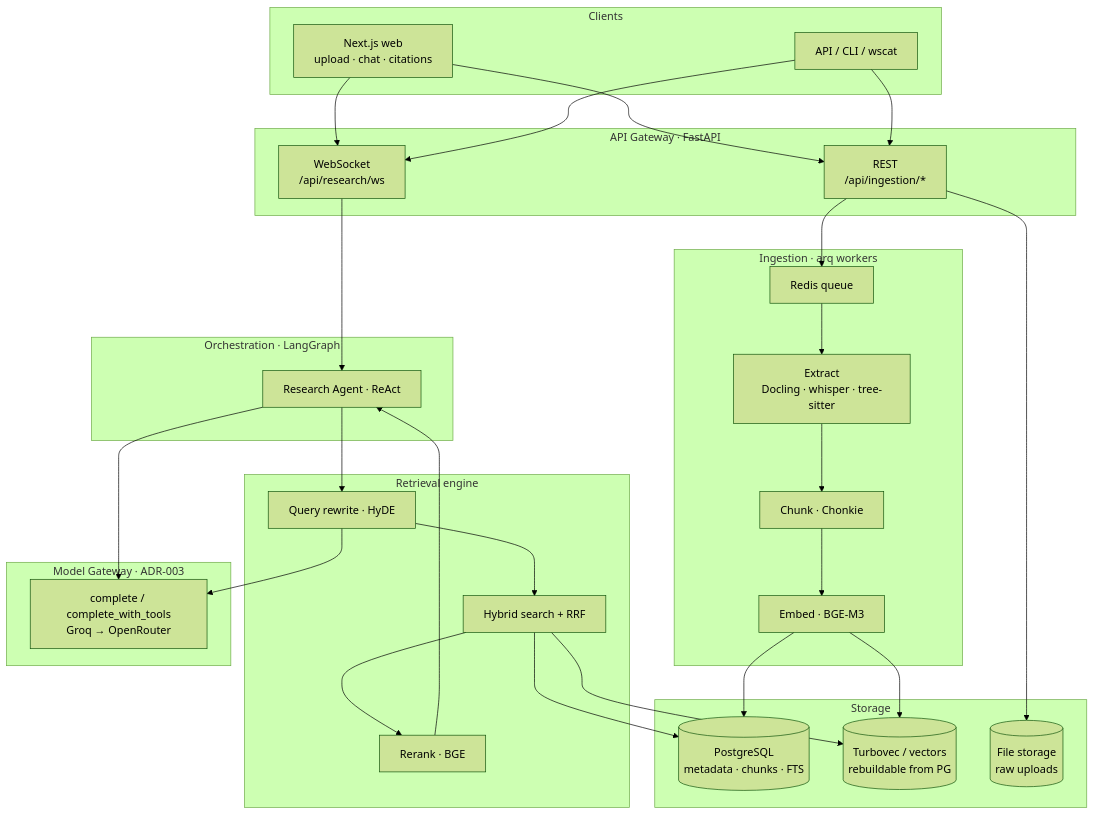
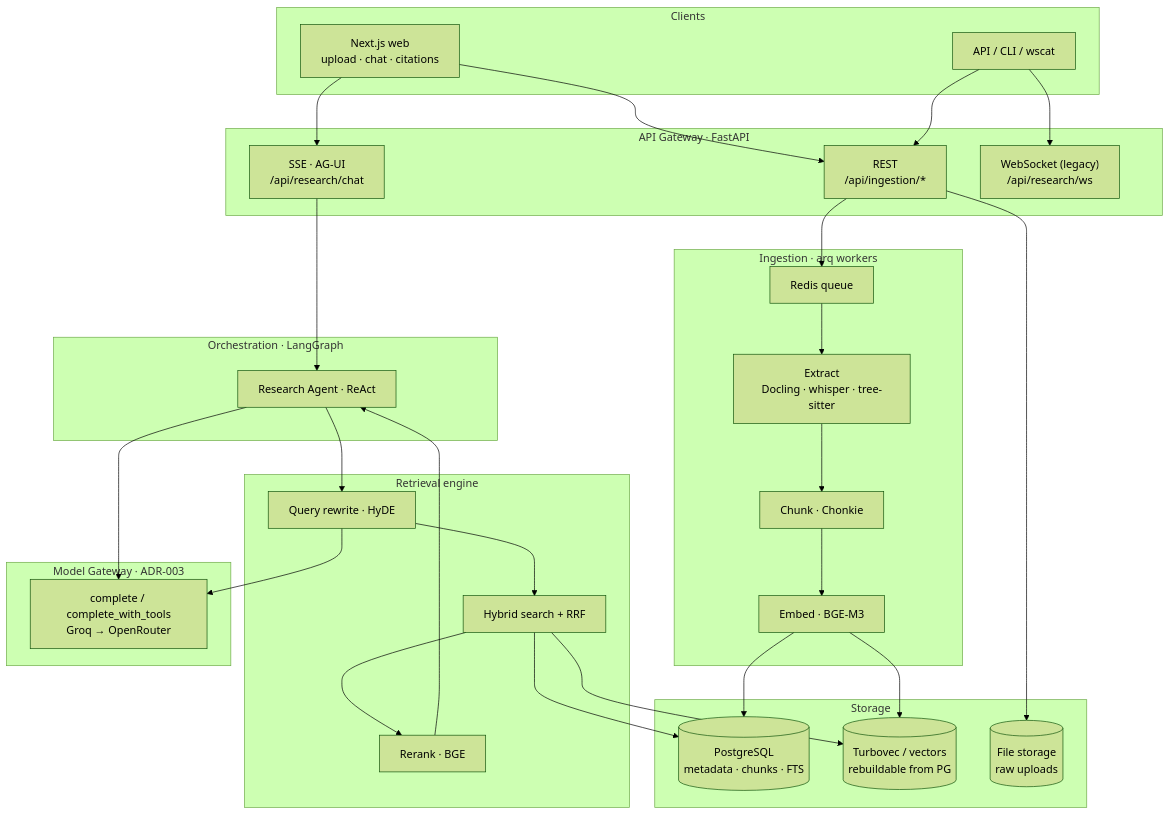
Before and after one commit to AmitxParmar/agentic-knowledge-base: the first of 4 diagrams in README.md, drawn with Mermaid (forest theme). The commit also changed other lines of this file and 6 other files, not shown here.

First line of the commit message:
docs: AG-UI SSE sequence + updated remaining-status notes

````diff
--- a/README.md
+++ b/README.md
@@ -27,51 +27,52 @@
 ```mermaid
 flowchart TB
   subgraph Clients
     WEB["Next.js web<br/>upload · chat · citations"]
     CLI["API / CLI / wscat"]
   end
 
   subgraph Gateway["API Gateway · FastAPI"]
     REST["REST<br/>/api/ingestion/*"]
-    WS["WebSocket<br/>/api/research/ws"]
+    CHAT["SSE · AG-UI<br/>/api/research/chat"]
+    WS["WebSocket (legacy)<br/>/api/research/ws"]
   end
 
   subgraph Ingest["Ingestion · arq workers"]
     Q["Redis queue"]
     X["Extract<br/>Docling · whisper · tree-sitter"]
     C["Chunk · Chonkie"]
     E["Embed · BGE-M3"]
   end
 
   subgraph Retrieval["Retrieval engine"]
     HYDE["Query rewrite · HyDE"]
     HYB["Hybrid search + RRF"]
     RER["Rerank · BGE"]
   end
 
   subgraph Agent["Orchestration · LangGraph"]
     RA["Research Agent · ReAct"]
   end
 
   subgraph Storage
     PG[("PostgreSQL<br/>metadata · chunks · FTS")]
     TV[("Turbovec / vectors<br/>rebuildable from PG")]
     FS[("File storage<br/>raw uploads")]
   end
 
   subgraph Models["Model Gateway · ADR-003"]
     MG["complete / complete_with_tools<br/>Groq → OpenRouter"]
   end
 
-  WEB --> REST & WS
+  WEB --> REST & CHAT
   CLI --> REST & WS
   REST --> Q --> X --> C --> E
   REST --> FS
   E --> PG & TV
-  WS --> RA
+  CHAT --> RA
   RA --> HYDE --> HYB
   HYB --> PG & TV
   HYB --> RER --> RA
   RA --> MG
   HYDE --> MG
 ```
````
